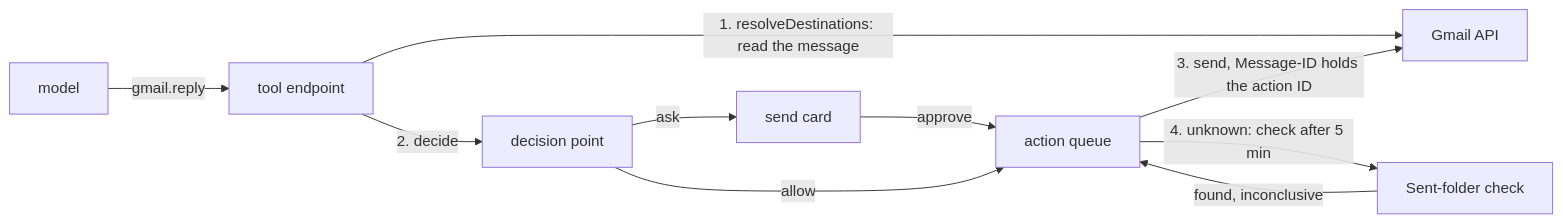
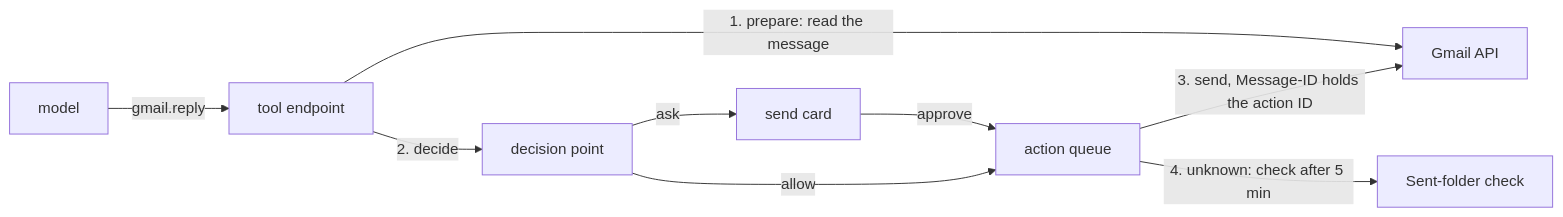
Before and after one commit to zgeoff/nixie: the diagram in docs/design/queue/gmail-calendar-drive-tools.md, drawn with Mermaid. The commit also changed other lines of this file and 6 other files, not shown here.

````diff
--- a/docs/design/queue/gmail-calendar-drive-tools.md
+++ b/docs/design/queue/gmail-calendar-drive-tools.md
@@ -25,12 +31,11 @@
 ```mermaid
 flowchart LR
   model[model] -->|"gmail.reply"| endpoint[tool endpoint]
-  endpoint -->|"1. resolveDestinations: read the message"| gmail[Gmail API]
+  endpoint -->|"1. prepare: read the message"| gmail[Gmail API]
   endpoint -->|"2. decide"| dp[decision point]
   dp -->|ask| card[send card]
   card -->|approve| queue[action queue]
   dp -->|allow| queue
   queue -->|"3. send, Message-ID holds the action ID"| gmail
   queue -->|"4. unknown: check after 5 min"| sent[Sent-folder check]
-  sent -->|"found, inconclusive"| queue
 ```
````
